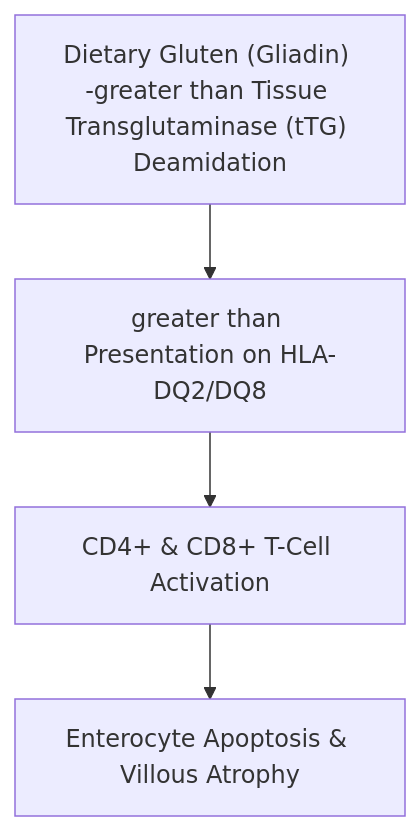
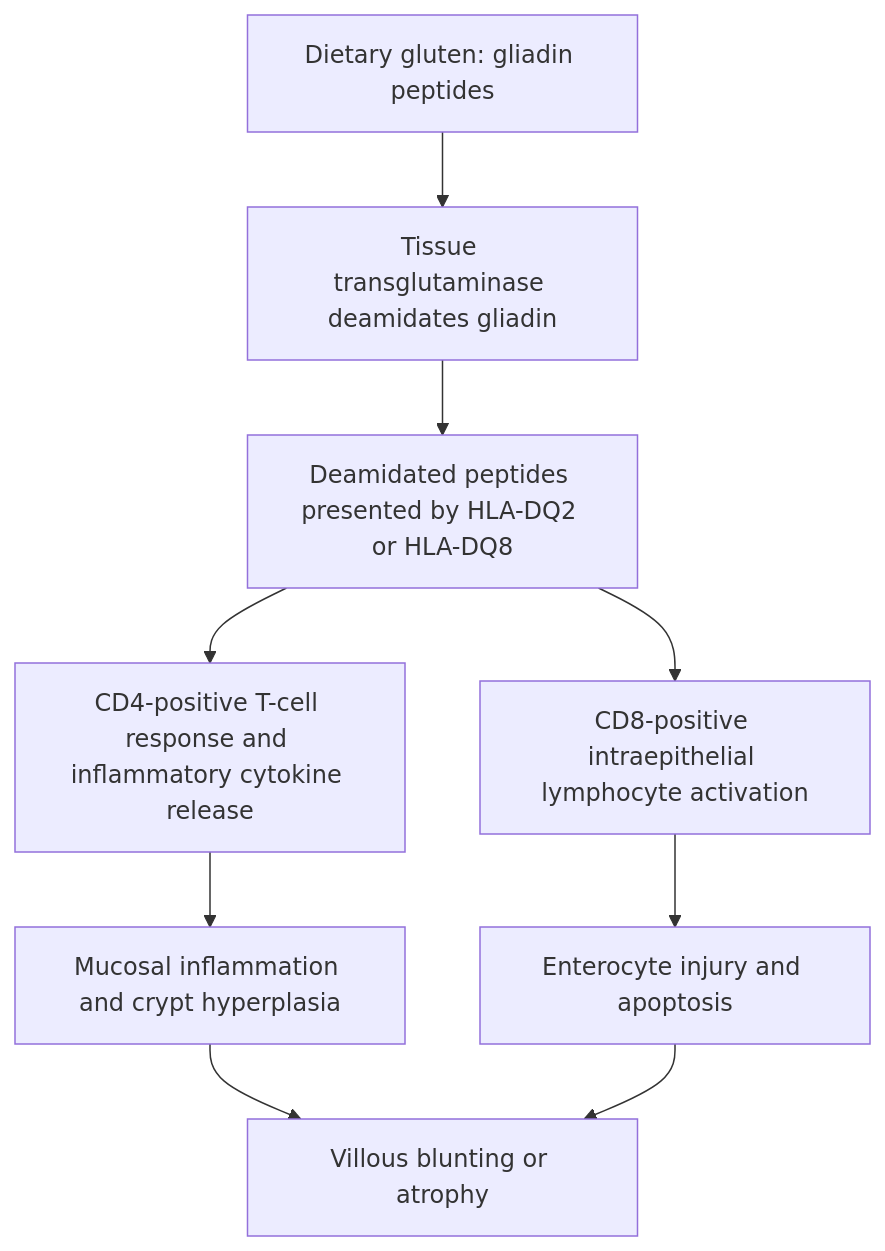
The first of 2 diagrams in Canonical notes/GIT/GIT_Chapter_11_Pathology_Small_Large_Intestines.md (kartikswami768/neet-pg), drawn with Mermaid before and after one commit. The commit also changed other lines of this file and 27 other files, not shown here.

````diff
--- a/Canonical notes/GIT/GIT_Chapter_11_Pathology_Small_Large_Intestines.md
+++ b/Canonical notes/GIT/GIT_Chapter_11_Pathology_Small_Large_Intestines.md
@@ -24,7 +24,11 @@
 ```mermaid
 flowchart TD
-  A["Dietary Gluten (Gliadin) -greater than Tissue Transglutaminase (tTG) Deamidation"]
-  A --> N1["greater than Presentation on HLA-DQ2/DQ8"]
-  N1 --> N2["CD4+ & CD8+ T-Cell Activation"]
-  N2 --> N3["Enterocyte Apoptosis & Villous Atrophy"]
+    A["Dietary gluten: gliadin peptides"] --> B["Tissue transglutaminase deamidates gliadin"]
+    B --> C["Deamidated peptides presented by HLA-DQ2 or HLA-DQ8"]
+    C --> D["CD4-positive T-cell response and inflammatory cytokine release"]
+    C --> E["CD8-positive intraepithelial lymphocyte activation"]
+    D --> F["Mucosal inflammation and crypt hyperplasia"]
+    E --> G["Enterocyte injury and apoptosis"]
+    F --> H["Villous blunting or atrophy"]
+    G --> H
 ```
````
